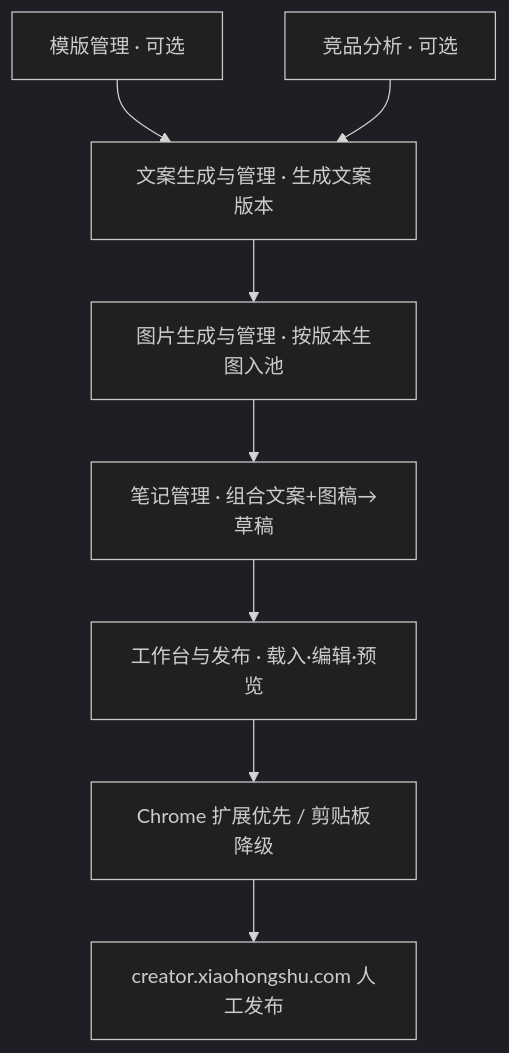
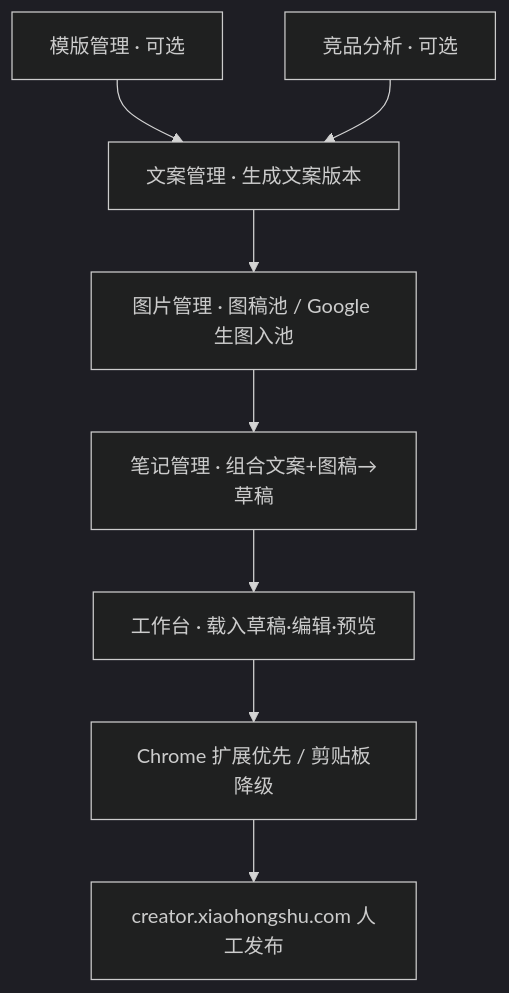
Before and after one commit to Pancakeze/xiaohongshu-ops: the diagram in flowcharts/main-flow.mmd, drawn with Mermaid (dark theme). The commit also changed 19 other files, not shown here.

```diff
--- a/flowcharts/main-flow.mmd
+++ b/flowcharts/main-flow.mmd
@@ -1,9 +1,9 @@
-%% 小红书运营台 · 主流程（与 README / prd_v1.2 §6 同步）
+%% 小红书运营台 · 主流程（与 README / prd_v1.3 §6 同步）
 flowchart TD
   TPL[模版管理 · 可选] --> COPY
   CMP[竞品分析 · 可选] --> COPY
-  COPY[文案生成与管理 · 生成文案版本] --> IMG
-  IMG[图片生成与管理 · 按版本生图入池] --> NOTES
+  COPY[文案管理 · 生成文案版本] --> IMG
+  IMG[图片管理 · 图稿池 / Google 生图入池] --> NOTES
   NOTES[笔记管理 · 组合文案+图稿→草稿] --> WB
-  WB[工作台与发布 · 载入·编辑·预览] --> PUB
+  WB[工作台 · 载入草稿·编辑·预览] --> PUB
   PUB[Chrome 扩展优先 / 剪贴板降级] --> XHS[creator.xiaohongshu.com 人工发布]
```
